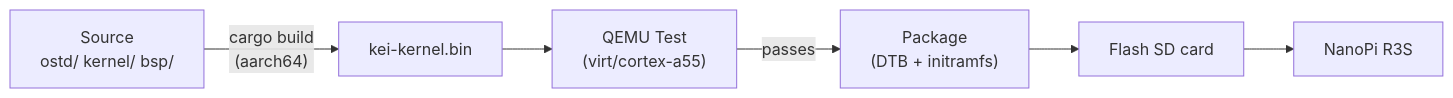
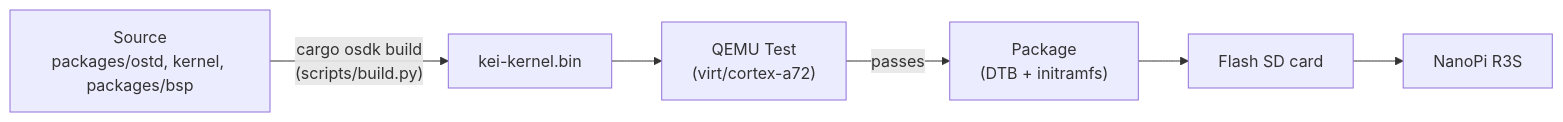
Before and after one commit to celestia-island/kei: the first of 4 diagrams in docs/zh-Hans/guides/deployment.md, drawn with Mermaid. The commit also changed other lines of this file and 8 other files, not shown here.

````diff
--- a/docs/zh-Hans/guides/deployment.md
+++ b/docs/zh-Hans/guides/deployment.md
@@ -10,8 +10,8 @@
 ```mermaid
 flowchart LR
-    SRC["Source\nostd/ kernel/ bsp/"] -->|"cargo build\n(aarch64)"| BIN["kei-kernel.bin"]
-    BIN --> QEMU["QEMU Test\n(virt/cortex-a55)"]
+    SRC["Source\npackages/ostd, kernel, packages/bsp"] -->|"cargo osdk build\n(scripts/build.py)"| BIN["kei-kernel.bin"]
+    BIN --> QEMU["QEMU Test\n(virt/cortex-a72)"]
     QEMU -->|passes| PACK["Package\n(DTB + initramfs)"]
     PACK --> FLASH["Flash SD card"]
     FLASH --> BOARD["NanoPi R3S"]
 ```
````
